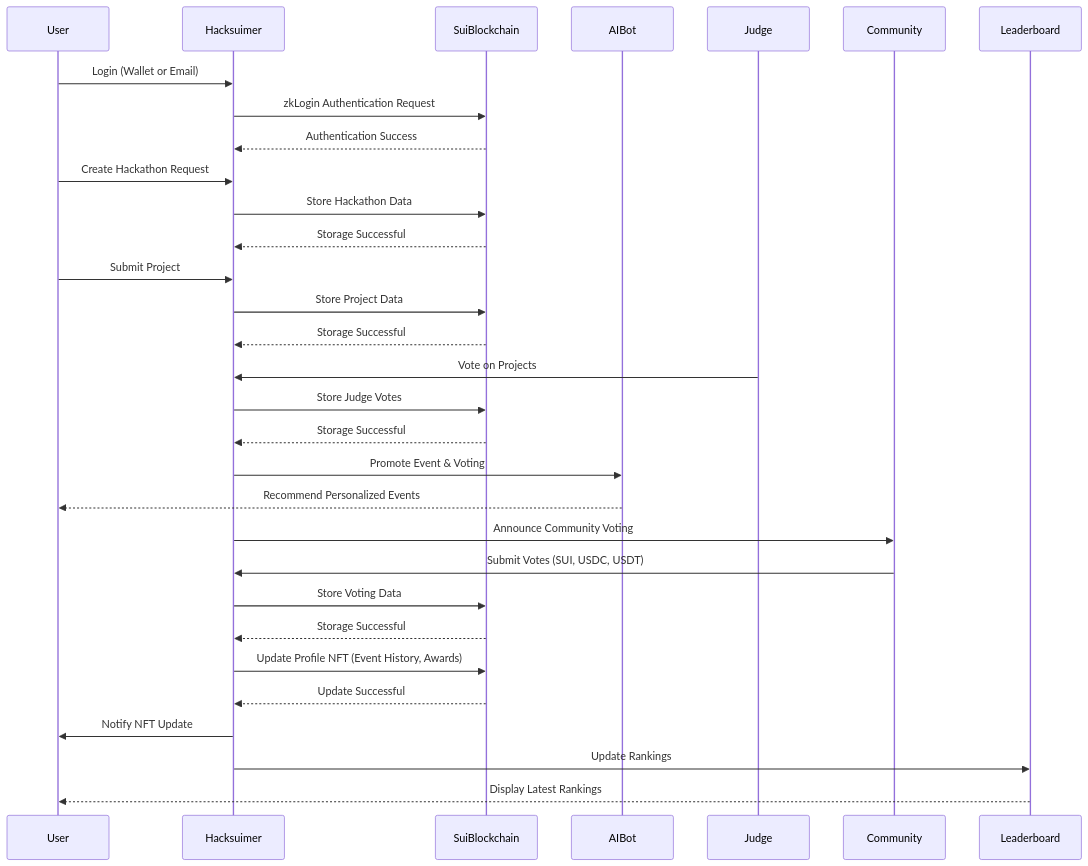
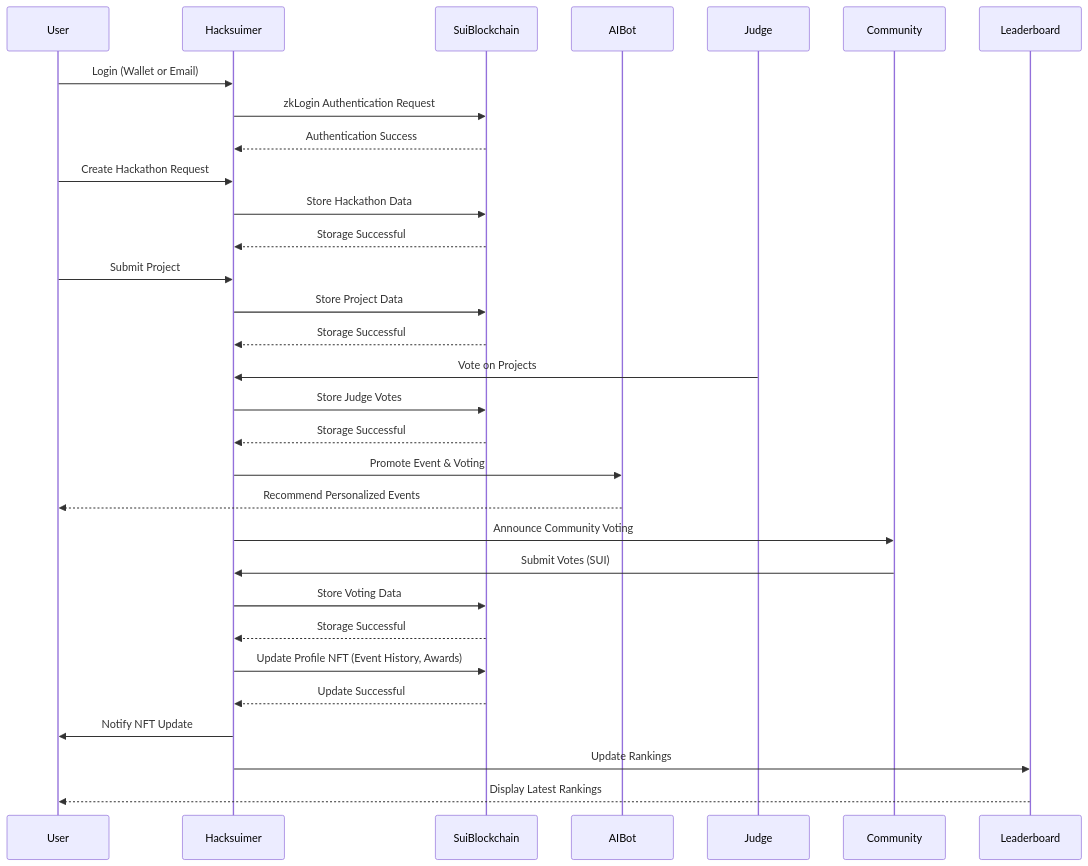
The first of 2 diagrams in README.md (Hacksuimer/hacksuimer_contract), drawn with Mermaid before and after one commit. The commit also changed other lines of this file, not shown here.

````diff
--- a/README.md
+++ b/README.md
@@ -85,41 +85,41 @@
 ```mermaid
 sequenceDiagram
     participant User
     participant Hacksuimer
     participant SuiBlockchain
     participant AIBot
     participant Judge
     participant Community
 
     User ->> Hacksuimer: Login (Wallet or Email)
     Hacksuimer ->> SuiBlockchain: zkLogin Authentication Request
     SuiBlockchain -->> Hacksuimer: Authentication Success
 
     User ->> Hacksuimer: Create Hackathon Request
     Hacksuimer ->> SuiBlockchain: Store Hackathon Data
     SuiBlockchain -->> Hacksuimer: Storage Successful
 
     User ->> Hacksuimer: Submit Project
     Hacksuimer ->> SuiBlockchain: Store Project Data
     SuiBlockchain -->> Hacksuimer: Storage Successful
 
     Judge ->> Hacksuimer: Vote on Projects
     Hacksuimer ->> SuiBlockchain: Store Judge Votes
     SuiBlockchain -->> Hacksuimer: Storage Successful
 
     Hacksuimer ->> AIBot: Promote Event & Voting
     AIBot -->> User: Recommend Personalized Events
 
     Hacksuimer ->> Community: Announce Community Voting
-    Community ->> Hacksuimer: Submit Votes (SUI, USDC, USDT)
+    Community ->> Hacksuimer: Submit Votes (SUI)
     Hacksuimer ->> SuiBlockchain: Store Voting Data
     SuiBlockchain -->> Hacksuimer: Storage Successful
 
     Hacksuimer ->> SuiBlockchain: Update Profile NFT (Event History, Awards)
     SuiBlockchain -->> Hacksuimer: Update Successful
 
     Hacksuimer ->> User: Notify NFT Update
     Hacksuimer ->> Leaderboard: Update Rankings
     Leaderboard -->> User: Display Latest Rankings
 
 ```
````
